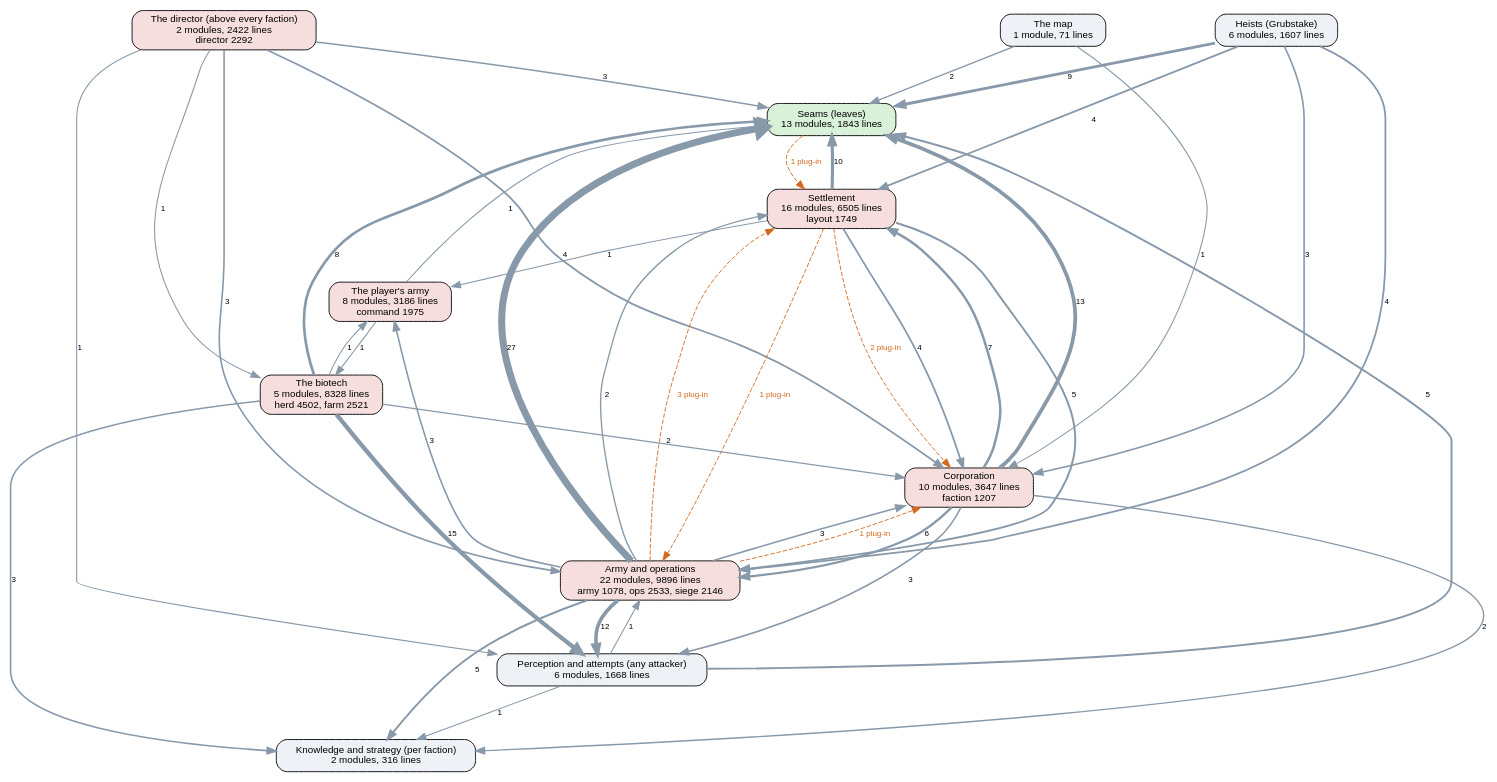
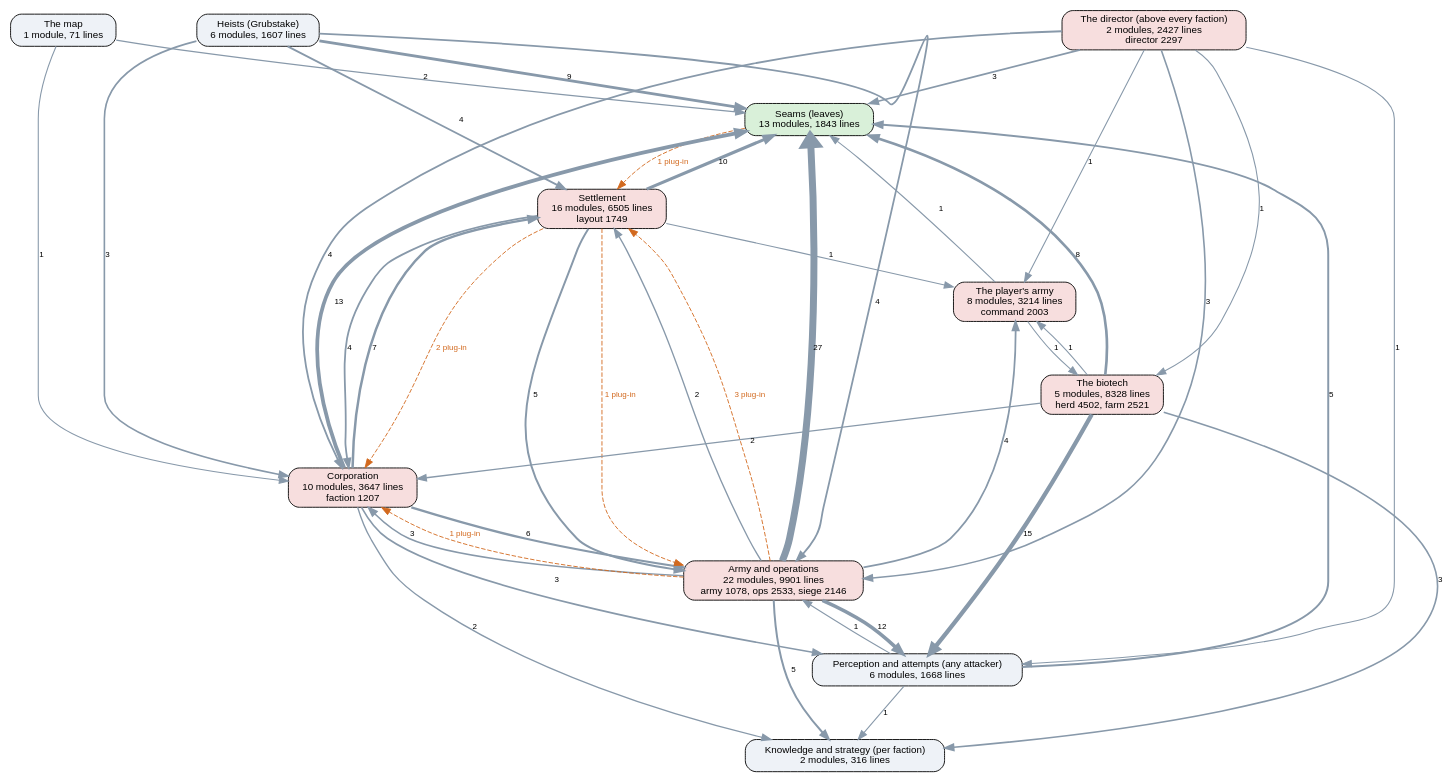
The diagram in docs/ai-layers.dot (kinelhu/landing-party), drawn with Graphviz before and after one commit. The commit also changed 17 other files, not shown here.

```diff
--- a/docs/ai-layers.dot
+++ b/docs/ai-layers.dot
@@ -1,57 +1,58 @@
 digraph layers {
   graph [rankdir=TB, fontname="Helvetica", nodesep=0.5, ranksep=0.7];
   node [shape=box, style="rounded,filled", fontname="Helvetica", fontsize=11, fillcolor="#eef2f7"];
   edge [color="#8899aa", fontname="Helvetica", fontsize=9];
   "Seams (leaves)" [label="Seams (leaves)\n13 modules, 1843 lines", fillcolor="#d9f0d9"];
   "Perception and attempts (any attacker)" [label="Perception and attempts (any attacker)\n6 modules, 1668 lines", fillcolor="#eef2f7"];
   "Knowledge and strategy (per faction)" [label="Knowledge and strategy (per faction)\n2 modules, 316 lines", fillcolor="#eef2f7"];
-  "The director (above every faction)" [label="The director (above every faction)\n2 modules, 2422 lines\ndirector 2292", fillcolor="#f7dede"];
+  "The director (above every faction)" [label="The director (above every faction)\n2 modules, 2427 lines\ndirector 2297", fillcolor="#f7dede"];
   "Corporation" [label="Corporation\n10 modules, 3647 lines\nfaction 1207", fillcolor="#f7dede"];
   "Settlement" [label="Settlement\n16 modules, 6505 lines\nlayout 1749", fillcolor="#f7dede"];
-  "Army and operations" [label="Army and operations\n22 modules, 9896 lines\narmy 1078, ops 2533, siege 2146", fillcolor="#f7dede"];
+  "Army and operations" [label="Army and operations\n22 modules, 9901 lines\narmy 1078, ops 2533, siege 2146", fillcolor="#f7dede"];
   "Heists (Grubstake)" [label="Heists (Grubstake)\n6 modules, 1607 lines", fillcolor="#eef2f7"];
   "The biotech" [label="The biotech\n5 modules, 8328 lines\nherd 4502, farm 2521", fillcolor="#f7dede"];
   "The map" [label="The map\n1 module, 71 lines", fillcolor="#eef2f7"];
-  "The player's army" [label="The player's army\n8 modules, 3186 lines\ncommand 1975", fillcolor="#f7dede"];
+  "The player's army" [label="The player's army\n8 modules, 3214 lines\ncommand 2003", fillcolor="#f7dede"];
   "Army and operations" -> "Corporation" [label="3", penwidth=1.8];
   "Army and operations" -> "Knowledge and strategy (per faction)" [label="5", penwidth=2.2];
   "Army and operations" -> "Perception and attempts (any attacker)" [label="12", penwidth=4.0];
   "Army and operations" -> "Seams (leaves)" [label="27", penwidth=7.8];
   "Army and operations" -> "Settlement" [label="2", penwidth=1.5];
-  "Army and operations" -> "The player's army" [label="3", penwidth=1.8];
+  "Army and operations" -> "The player's army" [label="4", penwidth=2.0];
   "Corporation" -> "Army and operations" [label="6", penwidth=2.5];
   "Corporation" -> "Knowledge and strategy (per faction)" [label="2", penwidth=1.5];
   "Corporation" -> "Perception and attempts (any attacker)" [label="3", penwidth=1.8];
   "Corporation" -> "Seams (leaves)" [label="13", penwidth=4.2];
   "Corporation" -> "Settlement" [label="7", penwidth=2.8];
   "Heists (Grubstake)" -> "Army and operations" [label="4", penwidth=2.0];
   "Heists (Grubstake)" -> "Corporation" [label="3", penwidth=1.8];
   "Heists (Grubstake)" -> "Seams (leaves)" [label="9", penwidth=3.2];
   "Heists (Grubstake)" -> "Settlement" [label="4", penwidth=2.0];
   "Perception and attempts (any attacker)" -> "Army and operations" [label="1", penwidth=1.2];
   "Perception and attempts (any attacker)" -> "Knowledge and strategy (per faction)" [label="1", penwidth=1.2];
   "Perception and attempts (any attacker)" -> "Seams (leaves)" [label="5", penwidth=2.2];
   "Settlement" -> "Army and operations" [label="5", penwidth=2.2];
   "Settlement" -> "Corporation" [label="4", penwidth=2.0];
   "Settlement" -> "Seams (leaves)" [label="10", penwidth=3.5];
   "Settlement" -> "The player's army" [label="1", penwidth=1.2];
   "The biotech" -> "Corporation" [label="2", penwidth=1.5];
   "The biotech" -> "Knowledge and strategy (per faction)" [label="3", penwidth=1.8];
   "The biotech" -> "Perception and attempts (any attacker)" [label="15", penwidth=4.8];
   "The biotech" -> "Seams (leaves)" [label="8", penwidth=3.0];
   "The biotech" -> "The player's army" [label="1", penwidth=1.2];
   "The director (above every faction)" -> "Army and operations" [label="3", penwidth=1.8];
   "The director (above every faction)" -> "Corporation" [label="4", penwidth=2.0];
   "The director (above every faction)" -> "Perception and attempts (any attacker)" [label="1", penwidth=1.2];
   "The director (above every faction)" -> "Seams (leaves)" [label="3", penwidth=1.8];
   "The director (above every faction)" -> "The biotech" [label="1", penwidth=1.2];
+  "The director (above every faction)" -> "The player's army" [label="1", penwidth=1.2];
   "The map" -> "Corporation" [label="1", penwidth=1.2];
   "The map" -> "Seams (leaves)" [label="2", penwidth=1.5];
   "The player's army" -> "Seams (leaves)" [label="1", penwidth=1.2];
   "The player's army" -> "The biotech" [label="1", penwidth=1.2];
   "Army and operations" -> "Corporation" [style=dashed, color="#d2691e", fontcolor="#d2691e", label="1 plug-in"];
   "Army and operations" -> "Settlement" [style=dashed, color="#d2691e", fontcolor="#d2691e", label="3 plug-in"];
   "Seams (leaves)" -> "Settlement" [style=dashed, color="#d2691e", fontcolor="#d2691e", label="1 plug-in"];
   "Settlement" -> "Army and operations" [style=dashed, color="#d2691e", fontcolor="#d2691e", label="1 plug-in"];
   "Settlement" -> "Corporation" [style=dashed, color="#d2691e", fontcolor="#d2691e", label="2 plug-in"];
 }
```
